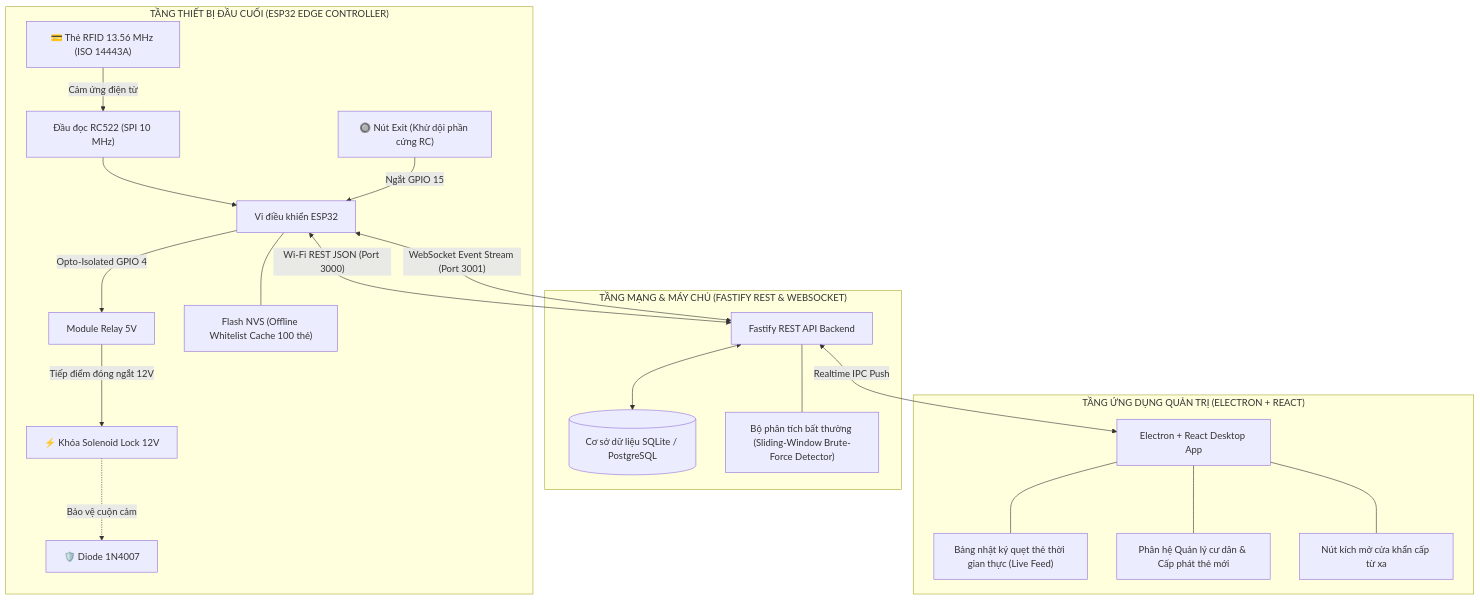
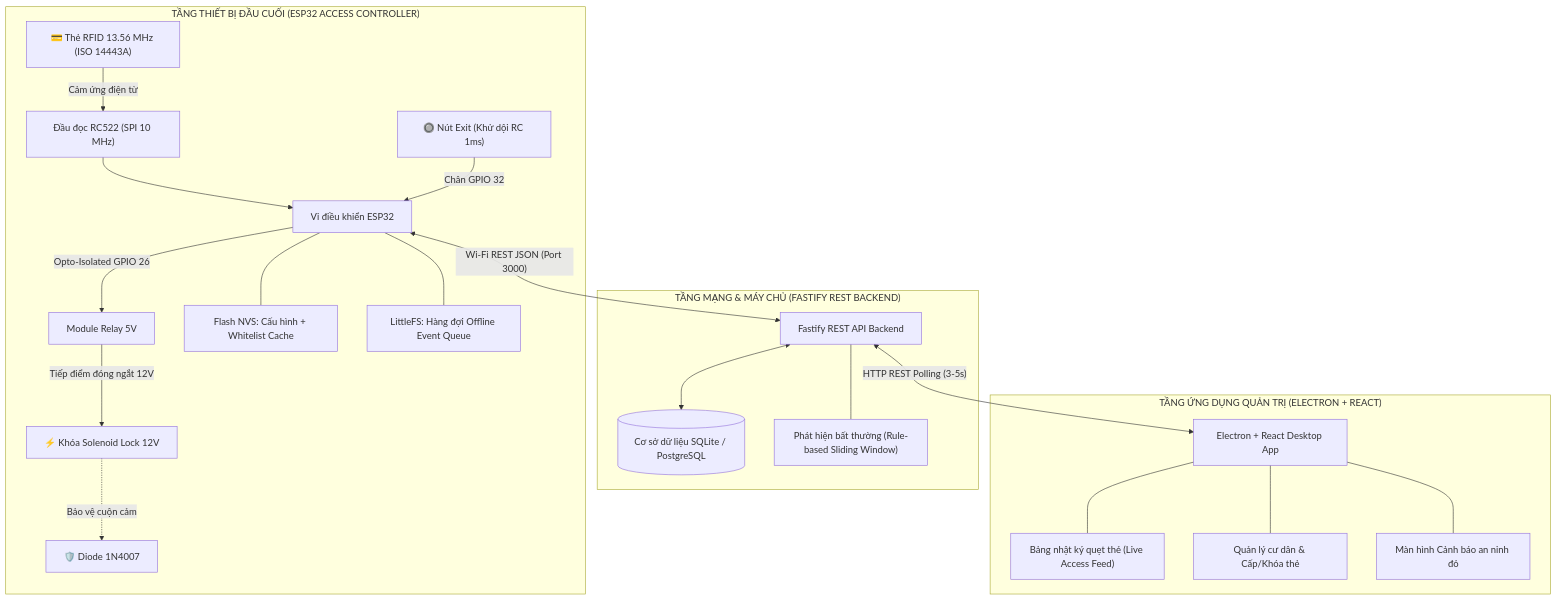
One commit to NguyenHoangUy1305/iot-rfid-access-control changed the second of 6 diagrams in docs/SO_DO_KY_THUAT_VA_LY_THUYET.md. Above: the diagram before and after it, drawn with Mermaid. The commit also changed other lines of this file and 2 other files, not shown here.

Commit message:
docs: finalize Project 1 technical roadmap and schematics with safe GPIO pinout and 11-week MVP scope

````diff
--- a/docs/SO_DO_KY_THUAT_VA_LY_THUYET.md
+++ b/docs/SO_DO_KY_THUAT_VA_LY_THUYET.md
@@ -344,26 +229,26 @@
 ```mermaid
 graph TB
-    subgraph Edge_Hardware ["TẦNG THIẾT BỊ ĐẦU CUỐI (ESP32 EDGE CONTROLLER)"]
+    subgraph Edge_Hardware ["TẦNG THIẾT BỊ ĐẦU CUỐI (ESP32 ACCESS CONTROLLER)"]
         Card["💳 Thẻ RFID 13.56 MHz (ISO 14443A)"] -->|"Cảm ứng điện từ"| RC522["Đầu đọc RC522 (SPI 10 MHz)"]
         RC522 --> ESP32["Vi điều khiển ESP32"]
-        ExitBtn["🔘 Nút Exit (Khử dội phần cứng RC)"] -->|"Ngắt GPIO 15"| ESP32
-        ESP32 -->|"Opto-Isolated GPIO 4"| Relay["Module Relay 5V"]
+        ExitBtn["🔘 Nút Exit (Khử dội RC 1ms)"] -->|"Chân GPIO 32"| ESP32
+        ESP32 -->|"Opto-Isolated GPIO 26"| Relay["Module Relay 5V"]
         Relay -->|"Tiếp điểm đóng ngắt 12V"| Solenoid["⚡ Khóa Solenoid Lock 12V"]
         Solenoid -.->|"Bảo vệ cuộn cảm"| Diode["🛡️ Diode 1N4007"]
-        ESP32 --- NVS["Flash NVS (Offline Whitelist Cache 100 thẻ)"]
+        ESP32 --- NVS["Flash NVS: Cấu hình + Whitelist Cache"]
+        ESP32 --- LittleFS["LittleFS: Hàng đợi Offline Event Queue"]
     end
 
-    subgraph Network_Backend ["TẦNG MẠNG & MÁY CHỦ (FASTIFY REST & WEBSOCKET)"]
+    subgraph Network_Backend ["TẦNG MẠNG & MÁY CHỦ (FASTIFY REST BACKEND)"]
         ESP32 <-->|"Wi-Fi REST JSON (Port 3000)"| Fastify["Fastify REST API Backend"]
-        ESP32 <-->|"WebSocket Event Stream (Port 3001)"| Fastify
         Fastify <--> DB[("Cơ sở dữ liệu SQLite / PostgreSQL")]
-        Fastify --- Anomaly["Bộ phân tích bất thường (Sliding-Window Brute-Force Detector)"]
+        Fastify --- Anomaly["Phát hiện bất thường (Rule-based Sliding Window)"]
     end
 
     subgraph Desktop_Client ["TẦNG ỨNG DỤNG QUẢN TRỊ (ELECTRON + REACT)"]
-        Fastify <-->|"Realtime IPC Push"| Electron["Electron + React Desktop App"]
-        Electron --- Logs["Bảng nhật ký quẹt thẻ thời gian thực (Live Feed)"]
-        Electron --- CardManager["Phân hệ Quản lý cư dân & Cấp phát thẻ mới"]
-        Electron --- RemoteUnlock["Nút kích mở cửa khẩn cấp từ xa"]
+        Fastify <-->|"HTTP REST Polling (3-5s)"| Electron["Electron + React Desktop App"]
+        Electron --- Logs["Bảng nhật ký quẹt thẻ (Live Access Feed)"]
+        Electron --- CardManager["Quản lý cư dân & Cấp/Khóa thẻ"]
+        Electron --- AlertScreen["Màn hình Cảnh báo an ninh đỏ"]
     end
 ```
````
